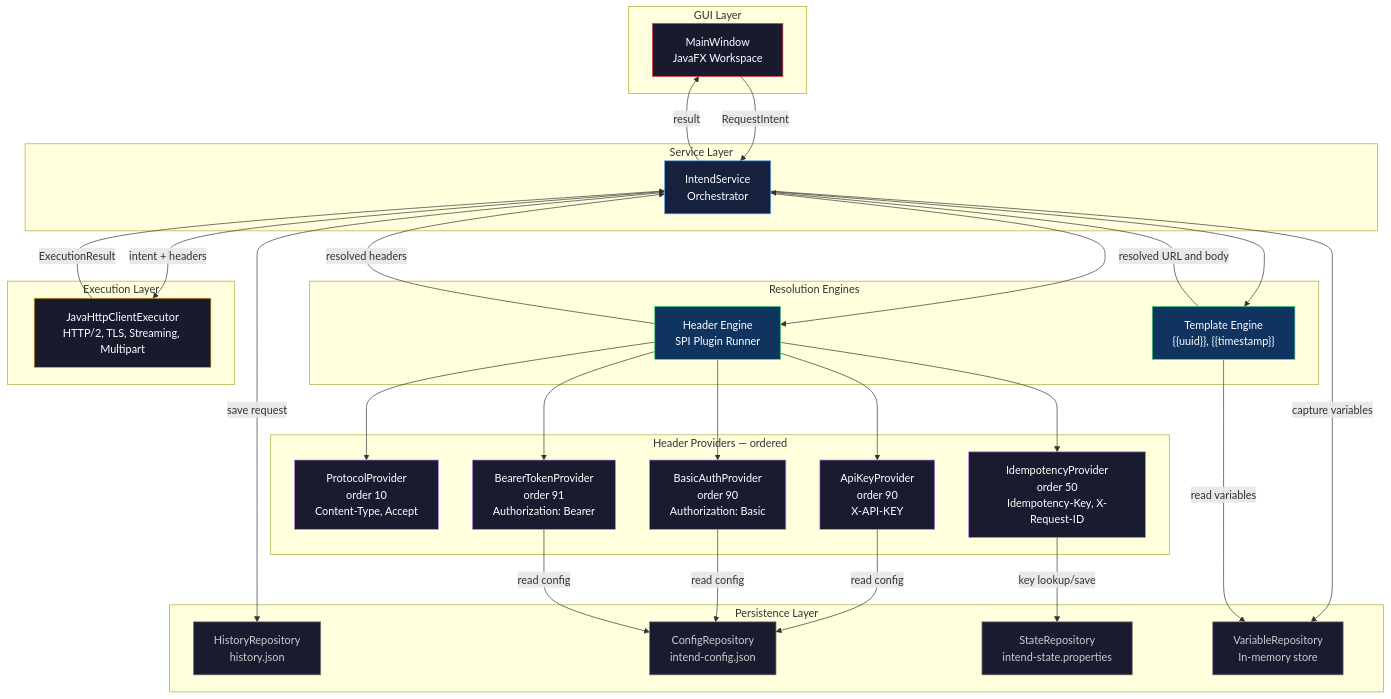
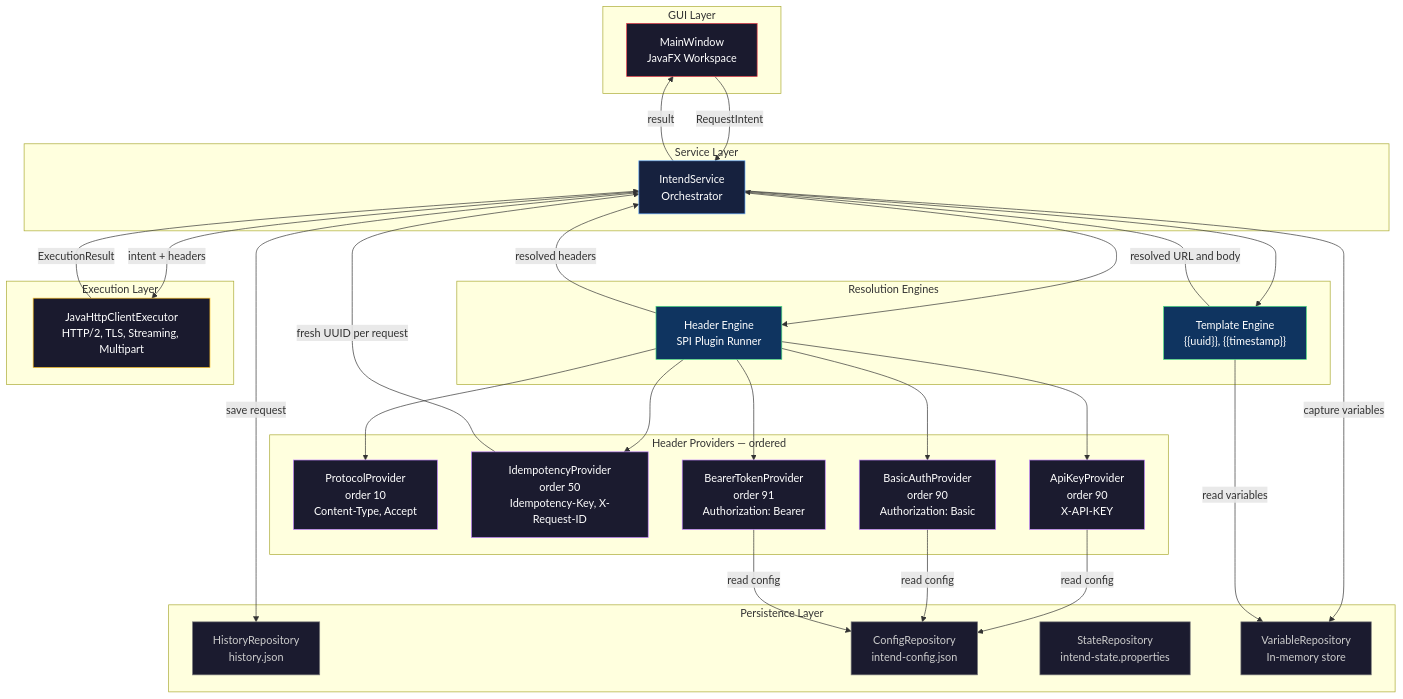
One commit to Pskuntal1248/http-client-INTEND changed the first of 3 diagrams in README.md. Above: the diagram before and after it, drawn with Mermaid. The commit also changed other lines of this file, not shown here.

````diff
--- a/README.md
+++ b/README.md
@@ -410,69 +422,69 @@
 ```mermaid
 flowchart TB
     subgraph GUI["GUI Layer"]
         MW["MainWindow\nJavaFX Workspace"]
     end
 
     subgraph SERVICE["Service Layer"]
         IS["IntendService\nOrchestrator"]
     end
 
     subgraph ENGINES["Resolution Engines"]
         TE["Template Engine\n{{uuid}}, {{timestamp}}"]
         HE["Header Engine\nSPI Plugin Runner"]
     end
 
     subgraph PROVIDERS["Header Providers — ordered"]
         PP["ProtocolProvider\norder 10\nContent-Type, Accept"]
         IP["IdempotencyProvider\norder 50\nIdempotency-Key, X-Request-ID"]
         AK["ApiKeyProvider\norder 90\nX-API-KEY"]
         BA["BasicAuthProvider\norder 90\nAuthorization: Basic"]
         BT["BearerTokenProvider\norder 91\nAuthorization: Bearer"]
     end
 
     subgraph EXECUTION["Execution Layer"]
         RE["JavaHttpClientExecutor\nHTTP/2, TLS, Streaming, Multipart"]
     end
 
     subgraph PERSISTENCE["Persistence Layer"]
         HR["HistoryRepository\nhistory.json"]
         CR["ConfigRepository\nintend-config.json"]
         SR["StateRepository\nintend-state.properties"]
         VR["VariableRepository\nIn-memory store"]
     end
 
     MW -->|"RequestIntent"| IS
     IS --> TE
     IS --> HE
     IS -->|"save request"| HR
     IS -->|"capture variables"| VR
     TE -->|"resolved URL and body"| IS
     HE --> PP
     HE --> IP
     HE --> AK
     HE --> BA
     HE --> BT
     HE -->|"resolved headers"| IS
     IS -->|"intent + headers"| RE
     RE -->|"ExecutionResult"| IS
     IS -->|"result"| MW
-    IP -->|"key lookup/save"| SR
+    IP -->|"fresh UUID per request"| IS
     AK -->|"read config"| CR
     BA -->|"read config"| CR
     BT -->|"read config"| CR
     TE -->|"read variables"| VR
 
     classDef guiStyle fill:#1a1a2e,stroke:#E63946,color:#ffffff
     classDef serviceStyle fill:#16213e,stroke:#60A5FA,color:#ffffff
     classDef engineStyle fill:#0f3460,stroke:#4ADE80,color:#ffffff
     classDef providerStyle fill:#1b1b2f,stroke:#C084FC,color:#ffffff
     classDef execStyle fill:#1a1a2e,stroke:#FBBF24,color:#ffffff
     classDef persistStyle fill:#1b1b2f,stroke:#808080,color:#cccccc
 
     class MW guiStyle
     class IS serviceStyle
     class TE,HE engineStyle
     class PP,IP,AK,BA,BT providerStyle
     class RE execStyle
     class HR,CR,SR,VR persistStyle
 ```
````
